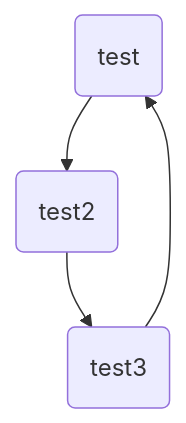
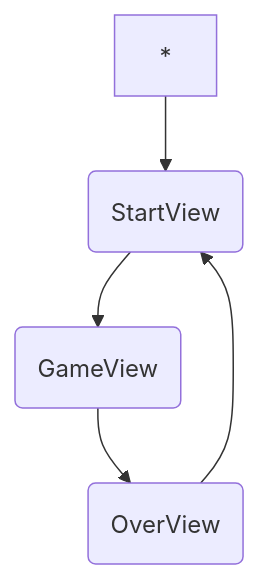
One commit to Cerceis/chiharu changed the diagram in README.md. Above: the diagram before and after it, drawn with Mermaid. The commit also changed other lines of this file and 5 other files, not shown here.

````diff
--- a/README.md
+++ b/README.md
@@ -73,12 +73,13 @@
 ```mermaid
 
 graph TD
 
-A(test)
-B(test2)
-C(test3)
+A(StartView)
+B(GameView)
+C(OverView)
 
+* --> A
 A --> B
 B --> C
 C --> A
 ```
````
